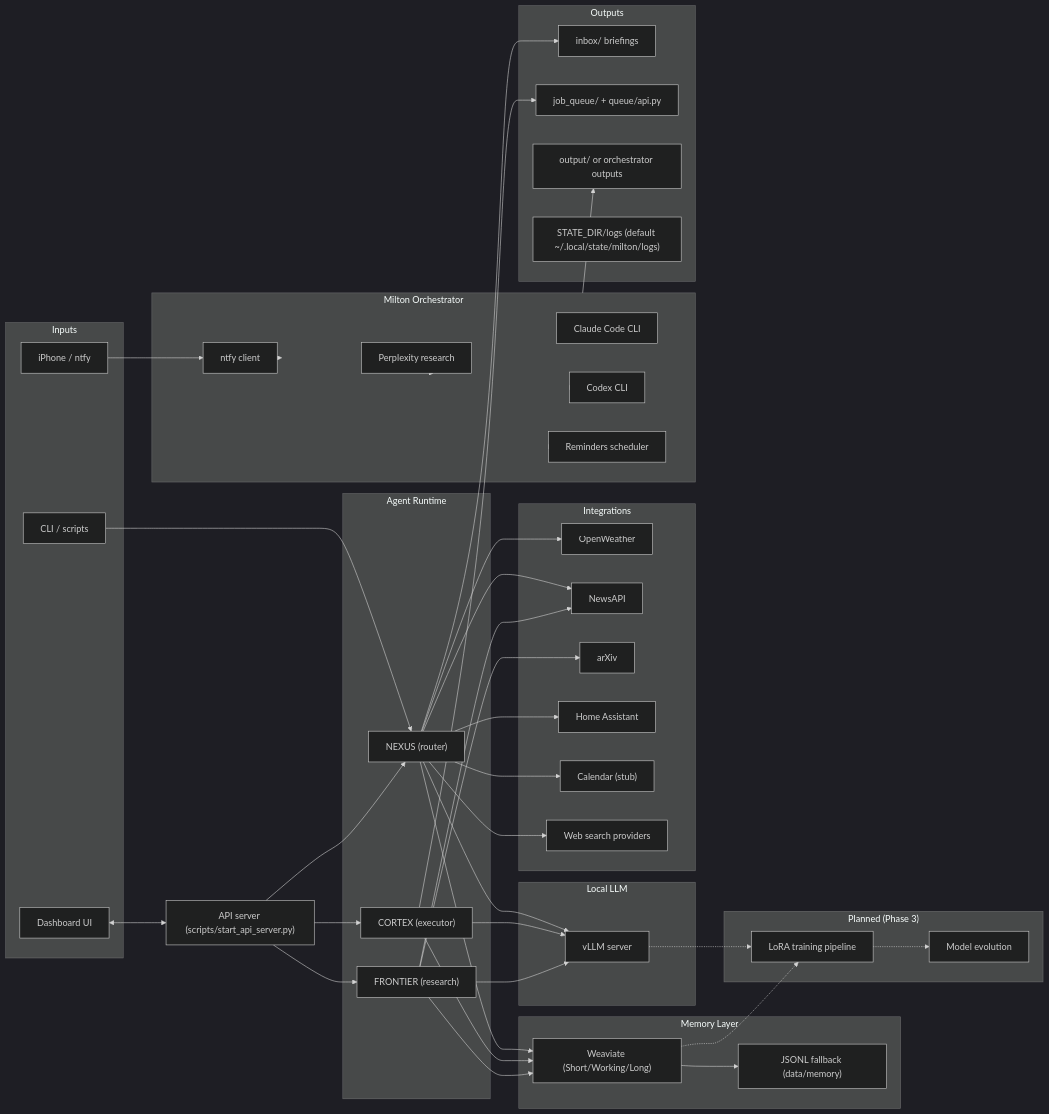
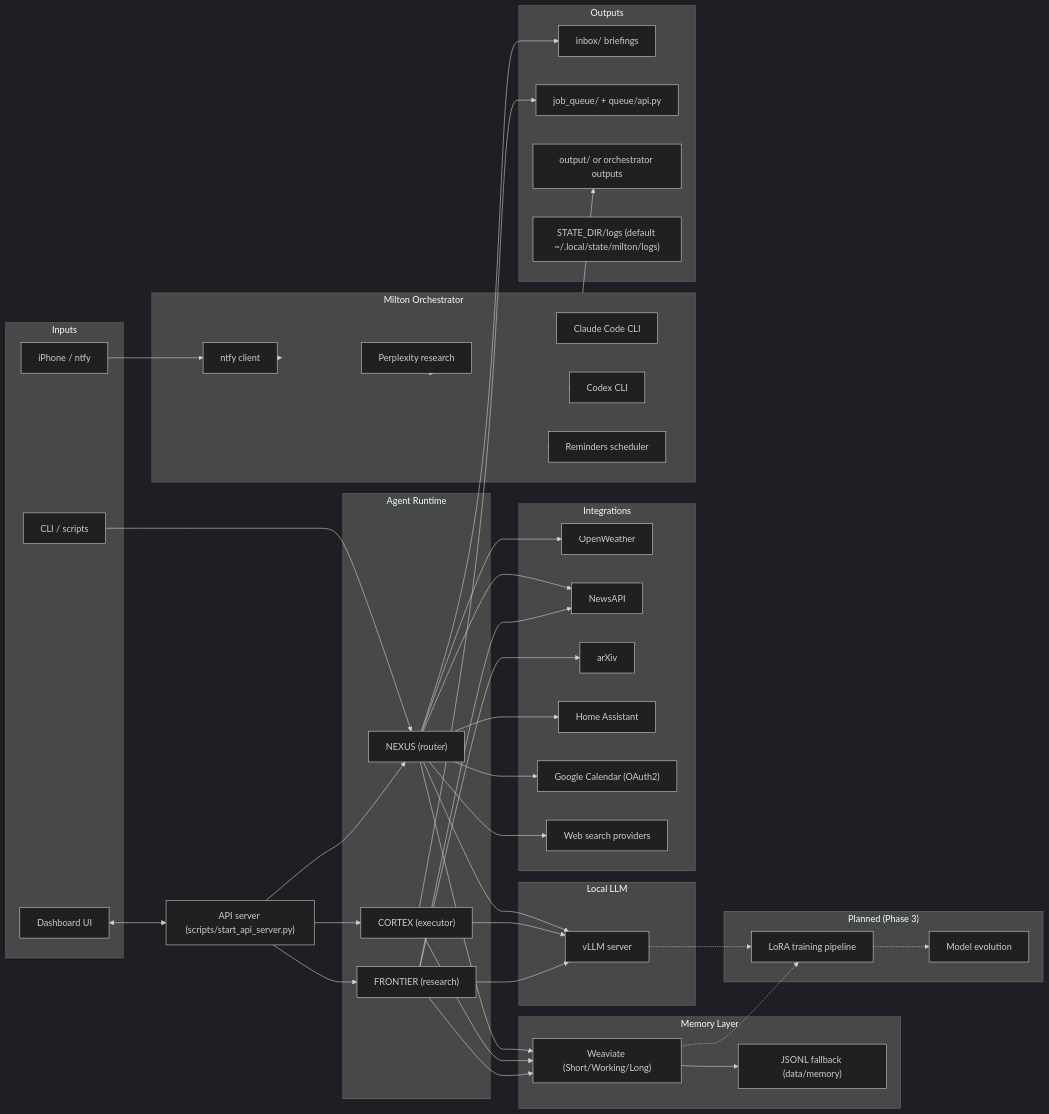
The diagram in docs/MILTON_SYSTEM_SUMMARY.md (colehanan1/personal-ai-agent), drawn with Mermaid (dark theme) before and after one commit. The commit also changed other lines of this file and 24 other files, not shown here.

```diff
--- a/docs/MILTON_SYSTEM_SUMMARY.md
+++ b/docs/MILTON_SYSTEM_SUMMARY.md
@@ -94,7 +92,7 @@
     News["NewsAPI"]
     Arxiv["arXiv"]
     Home["Home Assistant"]
-    Calendar["Calendar (stub)"]
+    Calendar["Google Calendar (OAuth2)"]
     WebSearch["Web search providers"]
   end
 
```
